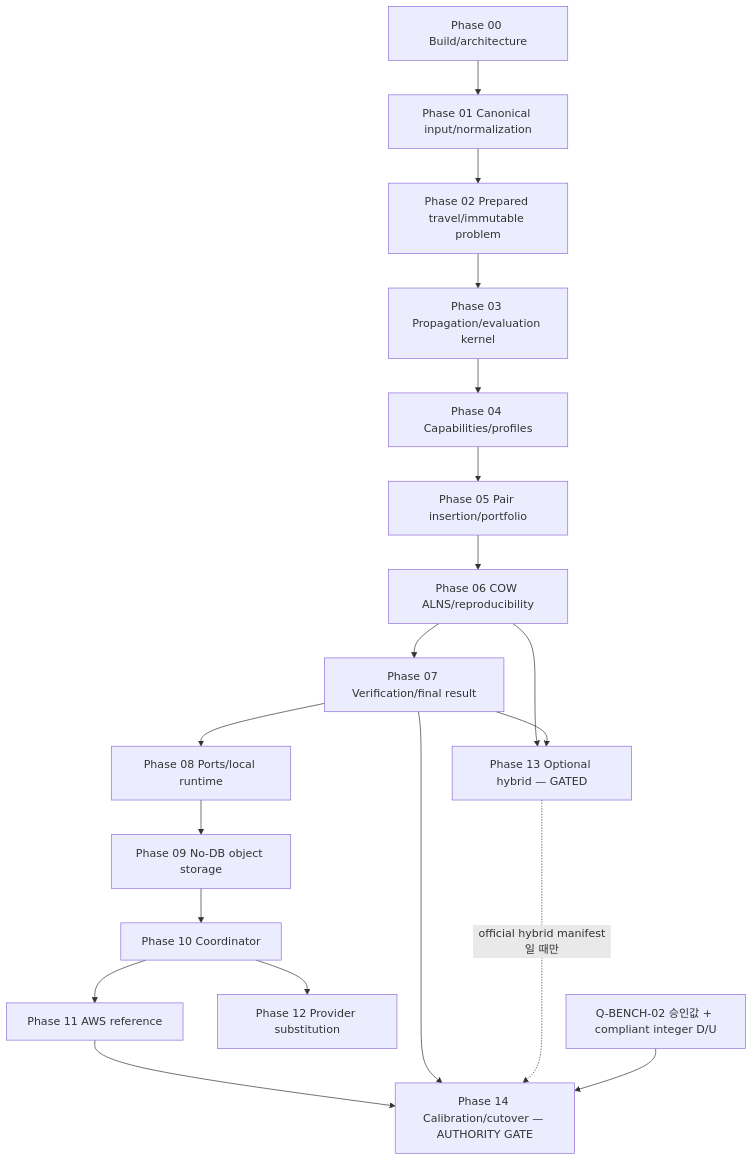
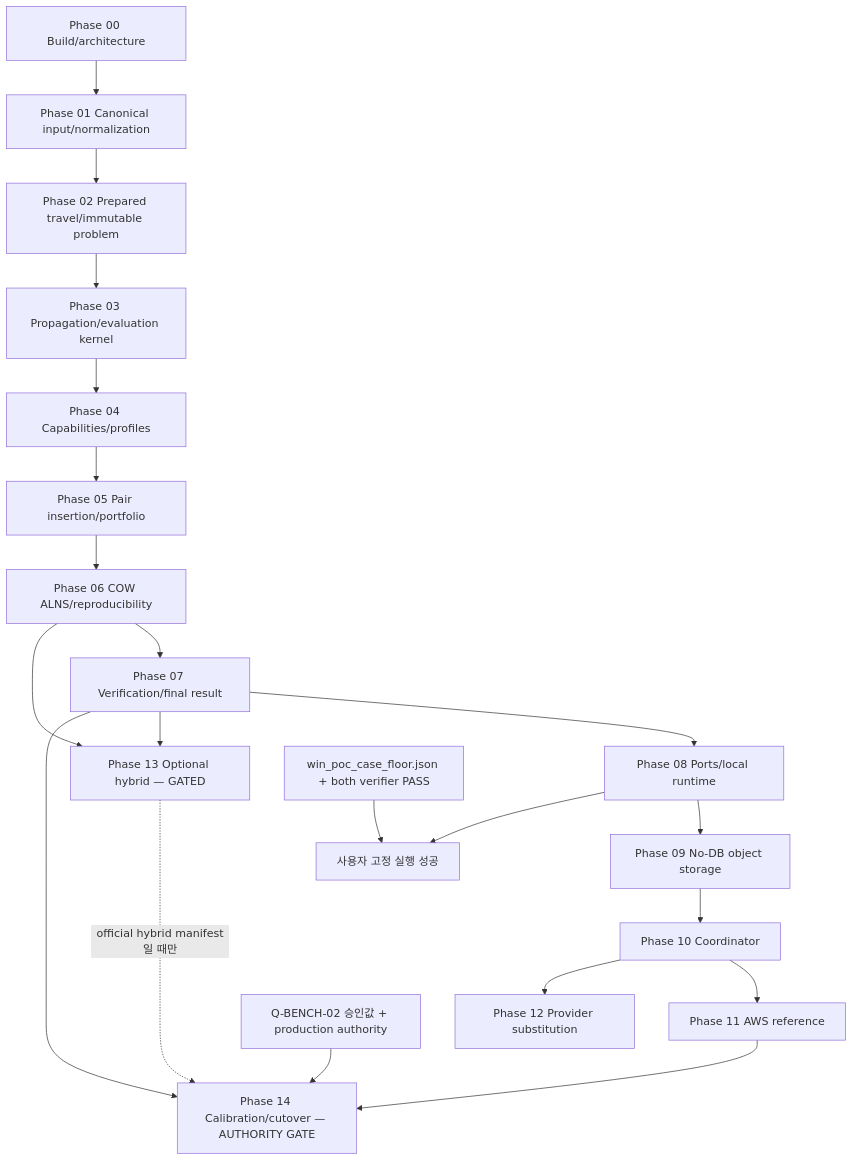
Before and after one commit to drimdrim2002/ro-next: the diagram in docs/implementation/master-realization-plan.md, drawn with Mermaid. The commit also changed other lines of this file and 6 other files, not shown here.

Commit message:
win_poc_flooor.json 활용하도록 문서 수정

````diff
--- a/docs/implementation/master-realization-plan.md
+++ b/docs/implementation/master-realization-plan.md
@@ -184,21 +215,23 @@
 ```mermaid
 flowchart TD
     P00["Phase 00 Build/architecture"] --> P01["Phase 01 Canonical input/normalization"]
     P01 --> P02["Phase 02 Prepared travel/immutable problem"]
     P02 --> P03["Phase 03 Propagation/evaluation kernel"]
     P03 --> P04["Phase 04 Capabilities/profiles"]
     P04 --> P05["Phase 05 Pair insertion/portfolio"]
     P05 --> P06["Phase 06 COW ALNS/reproducibility"]
     P06 --> P07["Phase 07 Verification/final result"]
     P07 --> P08["Phase 08 Ports/local runtime"]
     P08 --> P09["Phase 09 No-DB object storage"]
     P09 --> P10["Phase 10 Coordinator"]
     P10 --> P11["Phase 11 AWS reference"]
     P10 --> P12["Phase 12 Provider substitution"]
     P06 --> P13["Phase 13 Optional hybrid — GATED"]
     P07 --> P13
     P11 --> P14["Phase 14 Calibration/cutover — AUTHORITY GATE"]
     P07 --> P14
     P13 -. "official hybrid manifest일 때만" .-> P14
-    Q["Q-BENCH-02 승인값 + compliant integer D/U"] --> P14
+    Q["Q-BENCH-02 승인값 + production authority"] --> P14
+    F["win_poc_case_floor.json + both verifier PASS"] --> S["사용자 고정 실행 성공"]
+    P08 --> S
 ```
````
